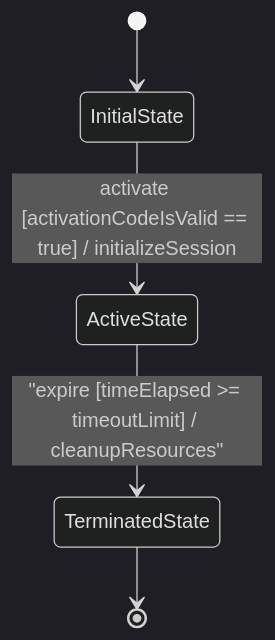
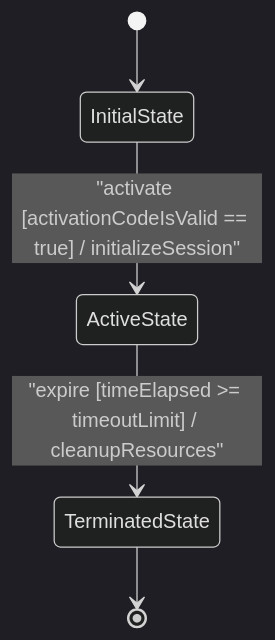
One commit to gintatkinson/digital-pipeline-repo changed the diagram in skills/spec-user-story-engineering/SKILL.md. Above: the diagram before and after it, drawn with Mermaid (dark theme). The commit also changed other lines of this file and 10 other files, not shown here.

````diff
--- a/skills/spec-user-story-engineering/SKILL.md
+++ b/skills/spec-user-story-engineering/SKILL.md
@@ -127,7 +127,7 @@
 ```mermaid
 stateDiagram-v2
     [*] --> InitialState
-    InitialState --> ActiveState : activate [activationCodeIsValid == true] / initializeSession
+    InitialState --> ActiveState : "activate [activationCodeIsValid == true] / initializeSession"
     ActiveState --> TerminatedState : "expire [timeElapsed >= timeoutLimit] / cleanupResources"
     TerminatedState --> [*]
 ```
````
